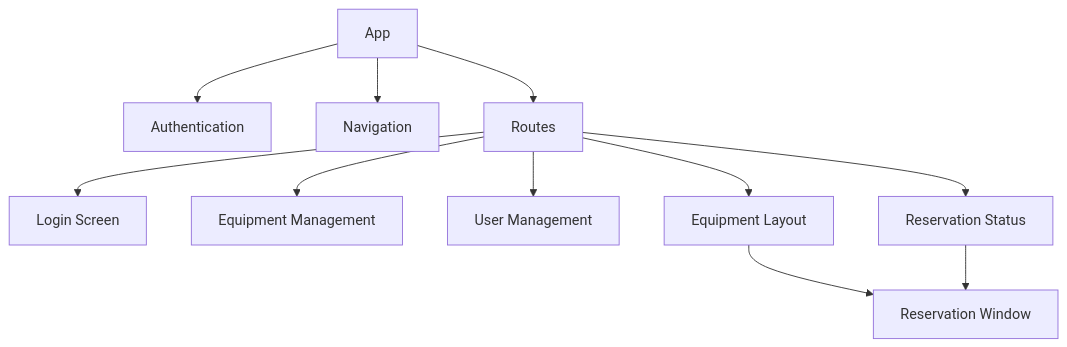
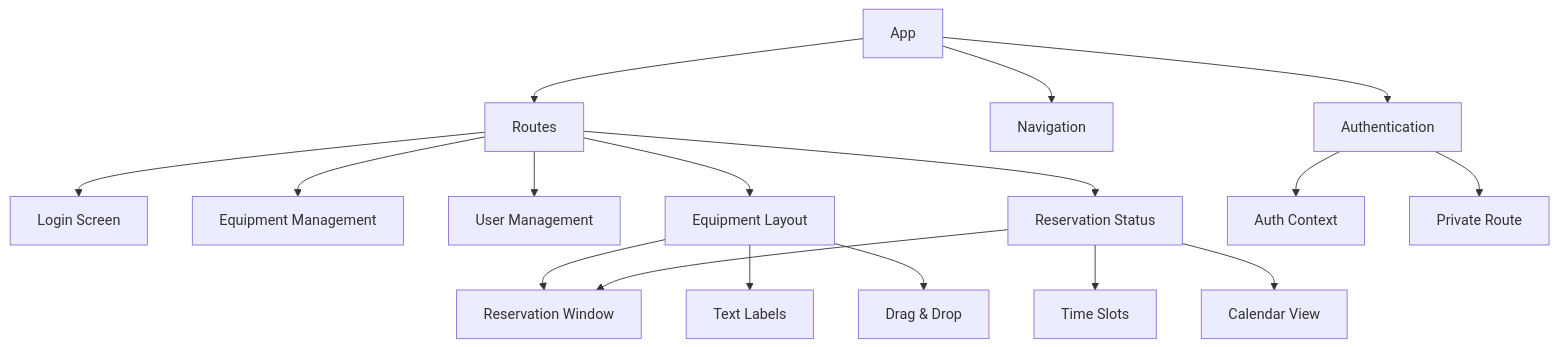
Before and after one commit to endo5501/LaboMachineTable: the second of 8 diagrams in memory-bank/systemPatterns.md, drawn with Mermaid. The commit also changed other lines of this file and 5 other files, not shown here.

````diff
--- a/memory-bank/systemPatterns.md
+++ b/memory-bank/systemPatterns.md
@@ -28,15 +28,24 @@
 ```mermaid
 flowchart TD
     App[App] --> Auth[Authentication]
     App --> Nav[Navigation]
     App --> Routes[Routes]
     
     Routes --> Login[Login Screen]
     Routes --> EquipMgmt[Equipment Management]
     Routes --> UserMgmt[User Management]
     Routes --> EquipLayout[Equipment Layout]
     Routes --> ReservStatus[Reservation Status]
     
     EquipLayout --> ReservWindow[Reservation Window]
     ReservStatus --> ReservWindow
+    
+    EquipLayout --> TextLabels[Text Labels]
+    EquipLayout --> DragDrop[Drag & Drop]
+    
+    ReservStatus --> TimeSlots[Time Slots]
+    ReservStatus --> Calendar[Calendar View]
+    
+    Auth --> AuthContext[Auth Context]
+    Auth --> PrivateRoute[Private Route]
 ```
````
